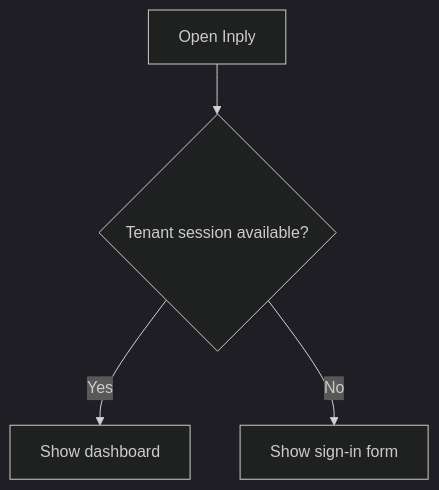
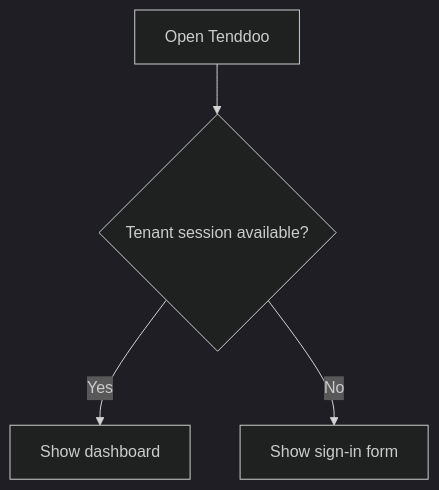
Before and after one commit to santokhan/inply-browser-extension: the first of 16 diagrams in docs/flow.md, drawn with Mermaid (dark theme). The commit also changed other lines of this file and 8 other files, not shown here.

````diff
--- a/docs/flow.md
+++ b/docs/flow.md
@@ -7,6 +7,6 @@
 ```mermaid
 flowchart TD
-    Open["Open Inply"] --> Session{"Tenant session available?"}
+    Open["Open Tenddoo"] --> Session{"Tenant session available?"}
     Session -->|Yes| Dashboard["Show dashboard"]
     Session -->|No| SignIn["Show sign-in form"]
 ```
````
